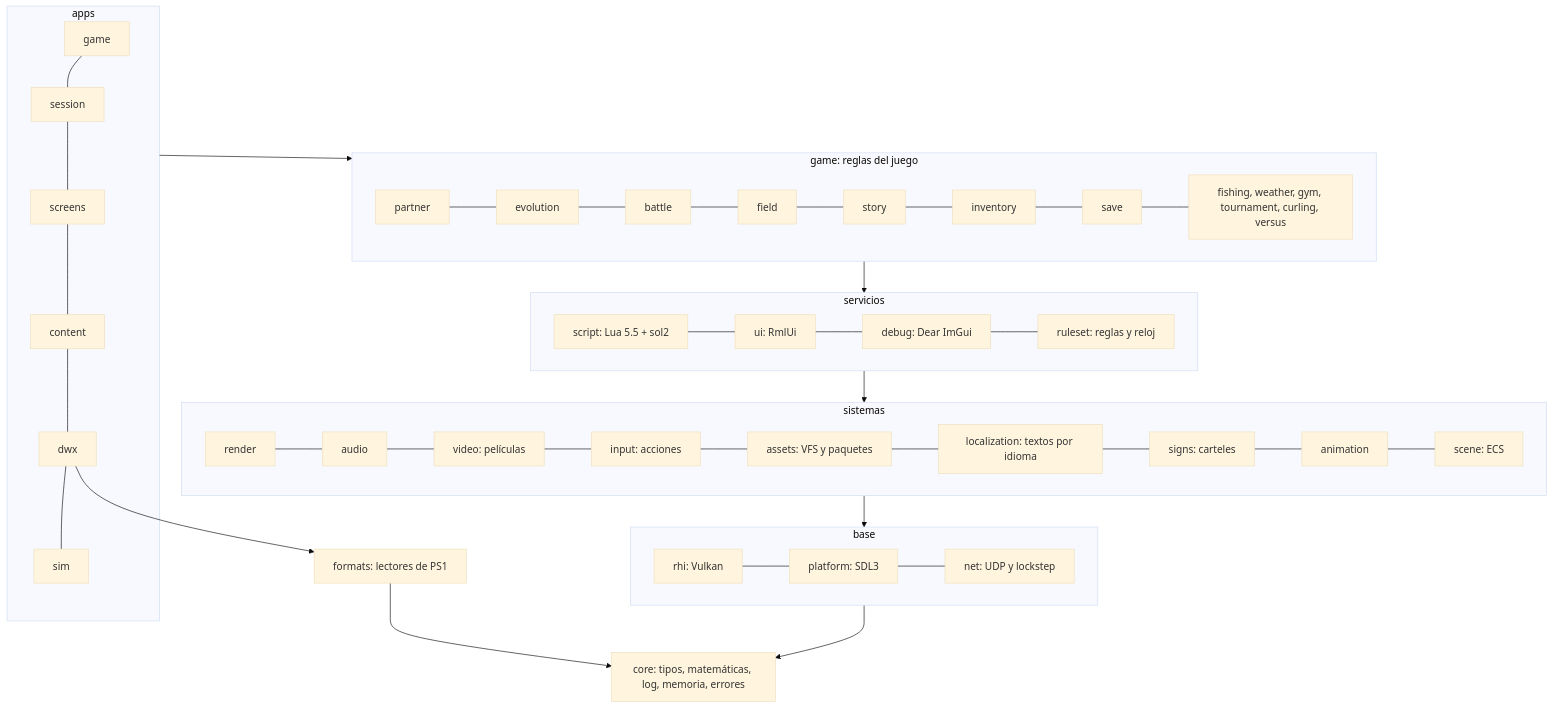
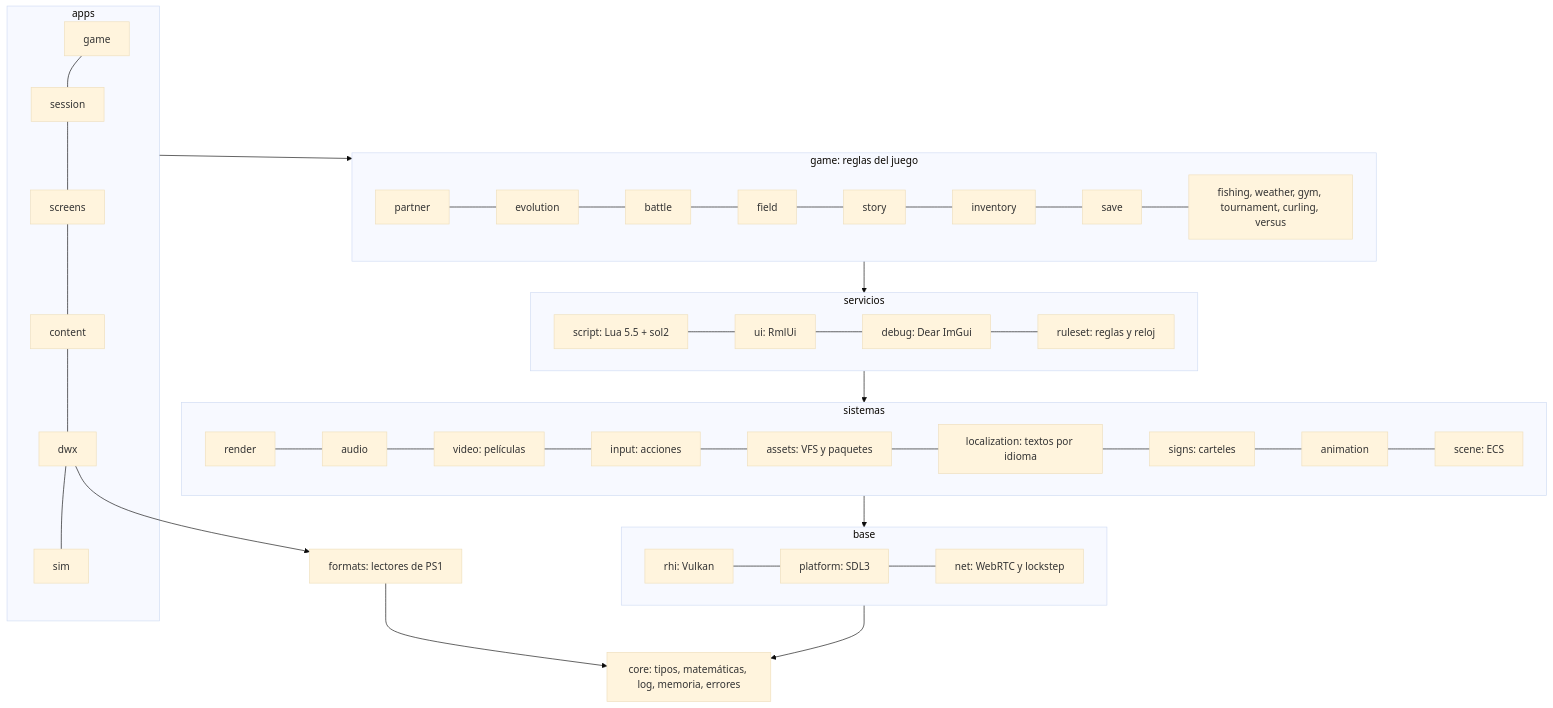
Before and after one commit to Indie-Modding-Games/dw-engine: the second of 2 diagrams in docs/architecture/overview.md, drawn with Mermaid (base theme). The commit also changed 59 other files, not shown here.

Commit message:
Connect online versus over WebRTC

````diff
--- a/docs/architecture/overview.md
+++ b/docs/architecture/overview.md
@@ -51,23 +51,23 @@
 ```mermaid
 flowchart TB
     subgraph apps[apps]
         game_app[game] --- session[session] --- screens[screens] --- content[content] --- dwx[dwx] --- sim[sim]
     end
     subgraph gameplay[game: reglas del juego]
         partner --- evolution --- battle --- field --- story --- inventory --- save --- minigames[fishing, weather, gym, tournament, curling, versus]
     end
     subgraph services[servicios]
         script[script: Lua 5.5 + sol2] --- ui[ui: RmlUi] --- debug[debug: Dear ImGui] --- ruleset[ruleset: reglas y reloj]
     end
     subgraph systems[sistemas]
         render --- audio --- video[video: películas] --- input[input: acciones] --- assets[assets: VFS y paquetes] --- localization[localization: textos por idioma] --- signs[signs: carteles] --- animation --- scene[scene: ECS]
     end
     subgraph base[base]
-        rhi[rhi: Vulkan] --- platform[platform: SDL3] --- net[net: UDP y lockstep]
+        rhi[rhi: Vulkan] --- platform[platform: SDL3] --- net[net: WebRTC y lockstep]
     end
     core[core: tipos, matemáticas, log, memoria, errores]
     formats[formats: lectores de PS1]
 
     apps --> gameplay --> services --> systems --> base --> core
     dwx --> formats --> core
 ```
````
